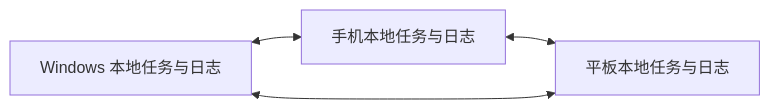
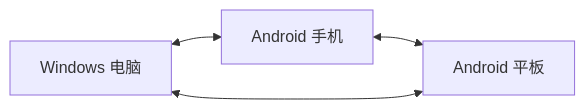
One commit to BuyMyCheatPlz/DeskWeek-Android changed the first of 2 diagrams in docs/lan-sync-protocol.md. Above: the diagram before and after it, drawn with Mermaid. The commit also changed other lines of this file and 43 other files, not shown here.

````diff
--- a/docs/lan-sync-protocol.md
+++ b/docs/lan-sync-protocol.md
@@ -9,6 +14,6 @@
 ```mermaid
 graph LR
-    W[Windows 本地任务与日志] <--> P[手机本地任务与日志]
-    P <--> T[平板本地任务与日志]
+    W[Windows 电脑] <--> P[Android 手机]
+    P <--> T[Android 平板]
     T <--> W
 ```
````
